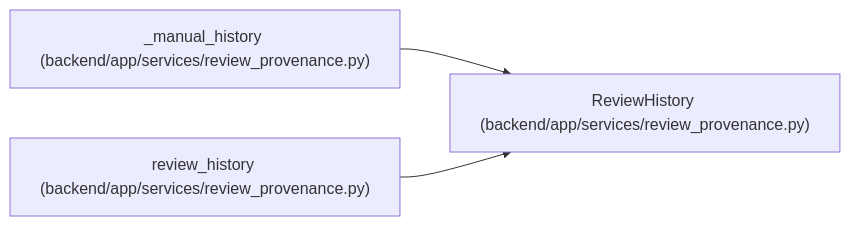
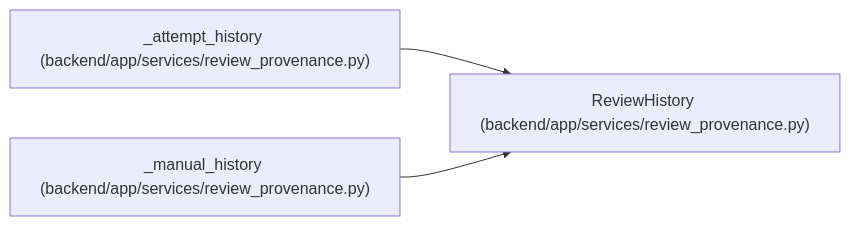
One commit to Denissvgn/WorkChord changed the diagram in docs/llm_wiki/entities/ReviewHistory.md. Above: the diagram before and after it, drawn with Mermaid. The commit also changed other lines of this file and 1817 other files, not shown here.

First line of the commit message:
Refresh the architectural wiki for the 1.9.0 changes

````diff
--- a/docs/llm_wiki/entities/ReviewHistory.md
+++ b/docs/llm_wiki/entities/ReviewHistory.md
@@ -34,11 +34,11 @@
 ```mermaid
 flowchart LR
     n0["ReviewHistory (backend/app/services/review_provenance.py)"]
-    n1["_manual_history (backend/app/services/review_provenance.py)"]
-    n2["review_history (backend/app/services/review_provenance.py)"]
+    n1["_attempt_history (backend/app/services/review_provenance.py)"]
+    n2["_manual_history (backend/app/services/review_provenance.py)"]
     n1 --> n0
     n2 --> n0
     click n0 "../modules/review_provenance.md"
     click n1 "../modules/review_provenance.md"
     click n2 "../modules/review_provenance.md"
 ```
````
